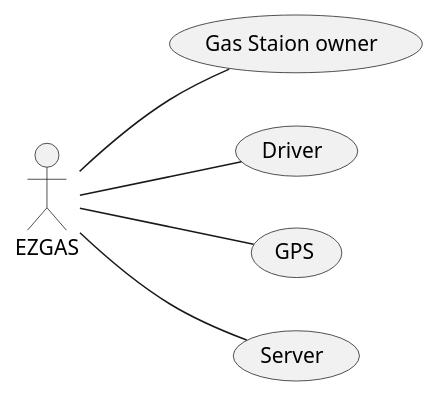
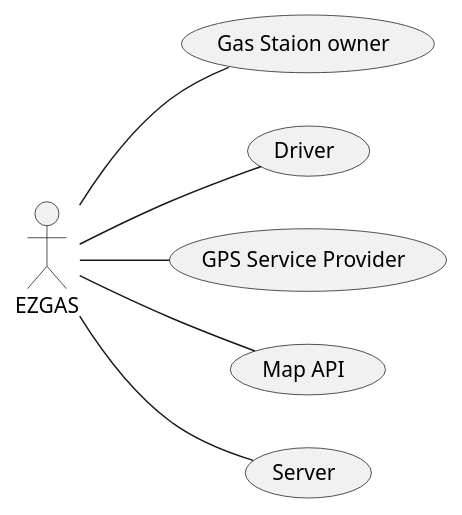
The first of 2 diagrams in REQ_s272561.md (SoftengPoliTo/Lab2), drawn with PlantUML before and after one commit. The commit also changed other lines of this file and 1 other file, not shown here.

````diff
--- a/REQ_s272561.md
+++ b/REQ_s272561.md
@@ -53,9 +52,10 @@
 ```plantuml
 left to right direction
 actor EZGAS as a
 a -- (Gas Staion owner)
 a -- (Driver)
-a -- (GPS)
+a -- (GPS Service Provider)
+a -- (Map API)
 a -- (Server)
 
 ```
````
